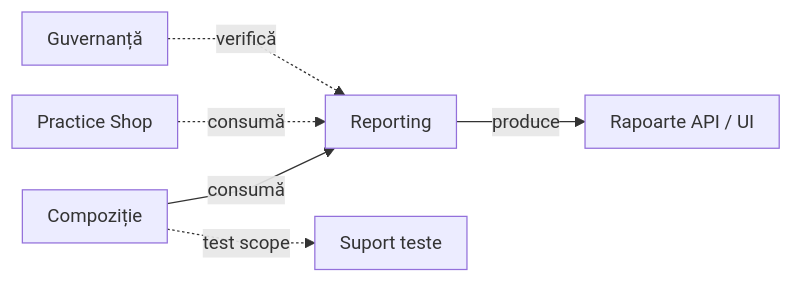
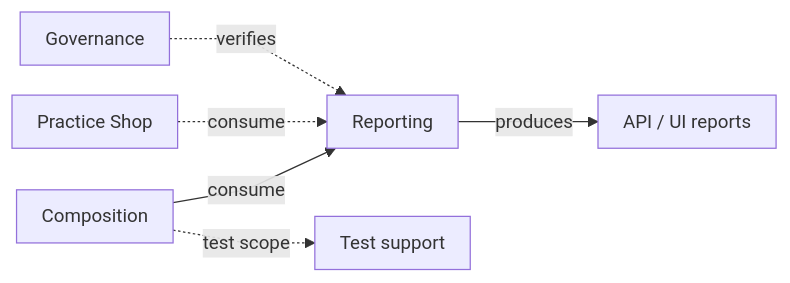
One commit to crististefanita/atf_j0 changed the second of 4 diagrams in atf-reporting-tests/README.md. Above: the diagram before and after it, drawn with Mermaid. The commit also changed other lines of this file and 113 other files, not shown here.

````diff
--- a/atf-reporting-tests/README.md
+++ b/atf-reporting-tests/README.md
@@ -351,9 +276,9 @@
 ```mermaid
 %%{init: {"themeVariables":{"fontSize":"15px"},"themeCSS":".nodeLabel, .nodeLabel p { font-size: 15px !important; line-height: 1.35 !important; } .edgeLabel, .edgeLabel p { font-size: 12px !important; font-weight: 400 !important; line-height: 1.2 !important; } .edgeLabel .labelBkg, .edgeLabel p { background: transparent !important; } .edgeLabel foreignObject { transform: translateY(-10px); overflow: visible; } .node rect { rx: 6px; ry: 6px; }","flowchart":{"curve":"linear","nodeSpacing":24,"rankSpacing":40,"padding":10}}}%%
 flowchart LR
-    Composition["Compoziție"] -->|consumă| Reporting["Reporting"]
-    Reporting -->|produce| Reports["Rapoarte API / UI"]
-    Composition -. test scope .-> Support["Suport teste"]
-    ShopTests[Practice Shop] -. consumă .-> Reporting
-    AppTests["Guvernanță"] -. verifică .-> Reporting
+    Composition["Composition"] -->|consume| Reporting["Reporting"]
+    Reporting -->|produces| Reports["API / UI reports"]
+    Composition -. test scope .-> Support["Test support"]
+    ShopTests[Practice Shop] -. consume .-> Reporting
+    AppTests["Governance"] -. verifies .-> Reporting
 ```
````
